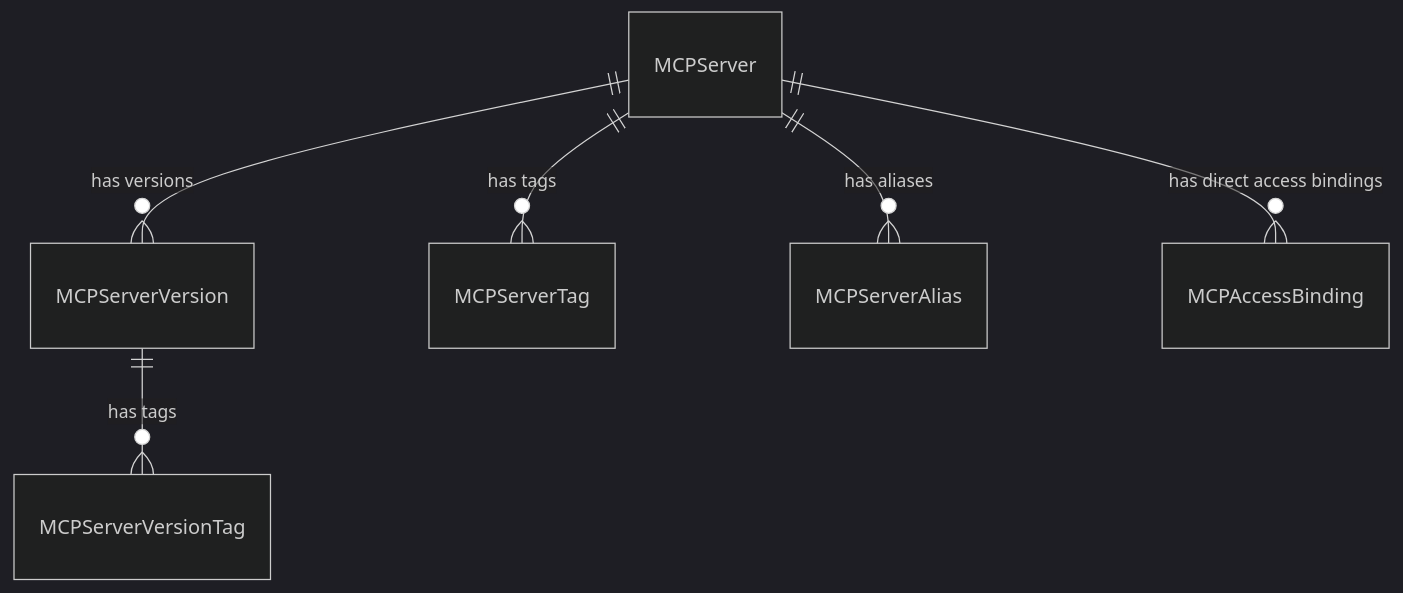
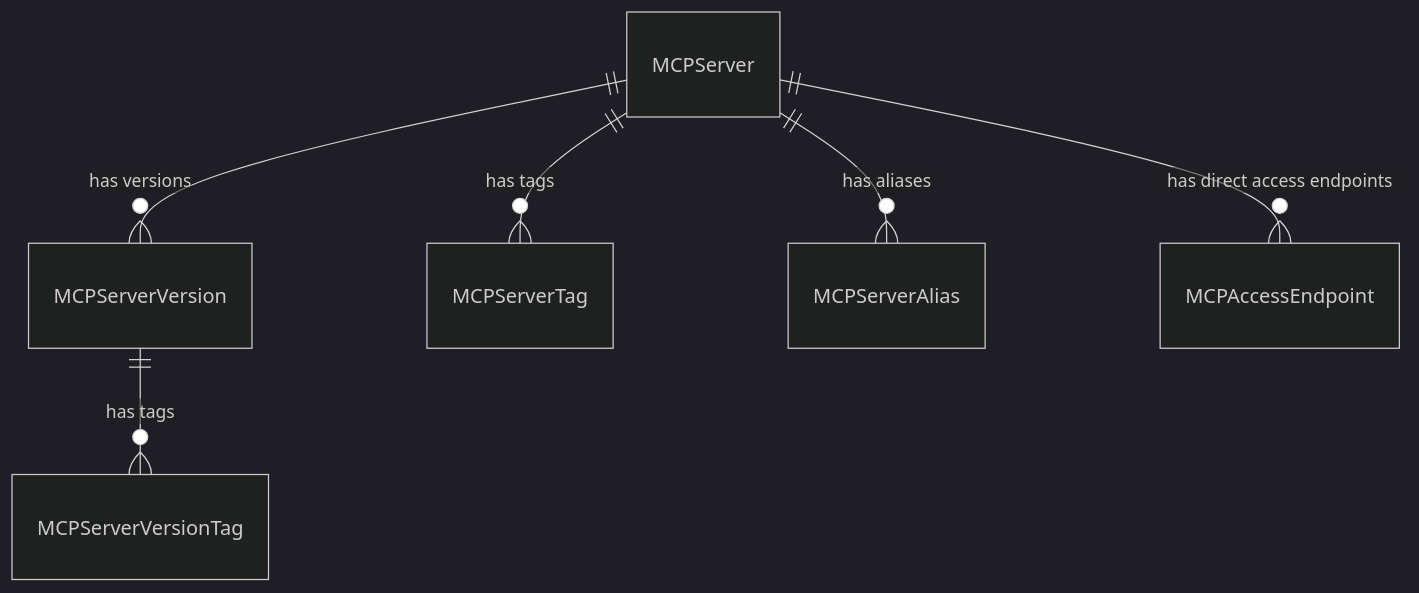
The first of 3 diagrams in rfcs/0004-mcp-registry/0004-mcp-registry.md (mlflow/rfcs), drawn with Mermaid (dark theme) before and after one commit. The commit also changed other lines of this file, not shown here.

First line of the commit message:
RFC-0004: Rename MCP access bindings to access endpoints (#73)

````diff
--- a/rfcs/0004-mcp-registry/0004-mcp-registry.md
+++ b/rfcs/0004-mcp-registry/0004-mcp-registry.md
@@ -285,8 +285,8 @@
 ```mermaid
 erDiagram
     MCPServer ||--o{ MCPServerVersion : "has versions"
     MCPServer ||--o{ MCPServerTag : "has tags"
     MCPServer ||--o{ MCPServerAlias : "has aliases"
     MCPServerVersion ||--o{ MCPServerVersionTag : "has tags"
-    MCPServer ||--o{ MCPAccessBinding : "has direct access bindings"
+    MCPServer ||--o{ MCPAccessEndpoint : "has direct access endpoints"
 ```
````
